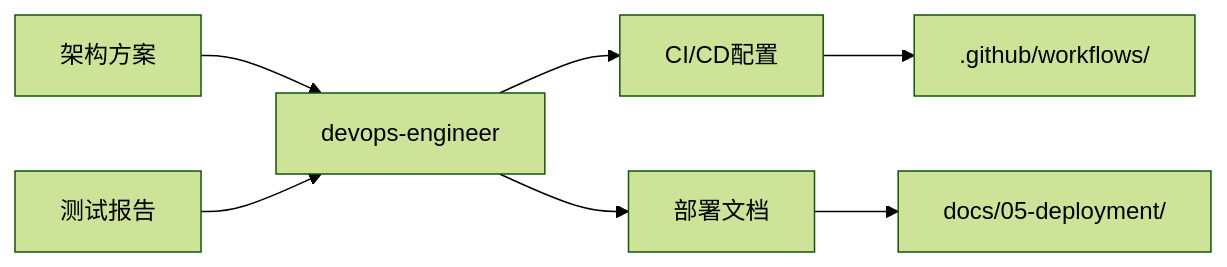
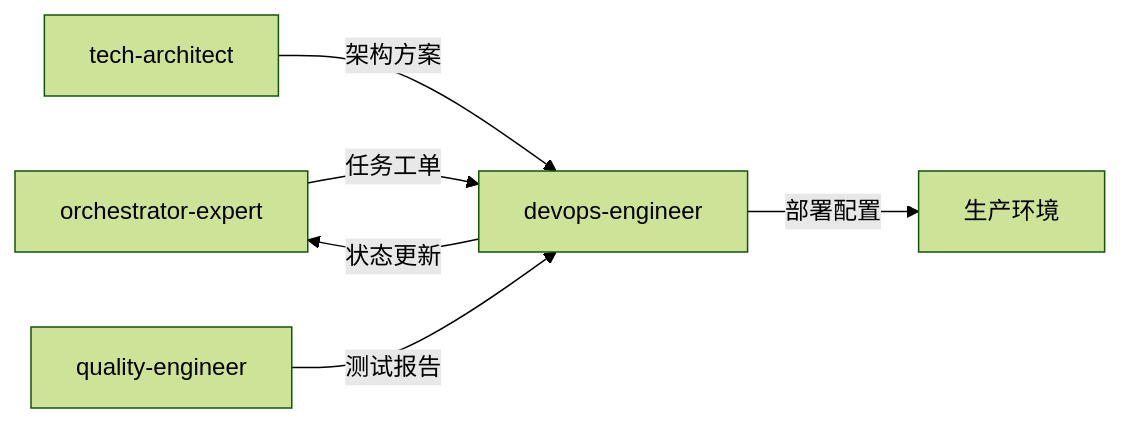
Before and after one commit to Tooooommy/Trae-Workflow: the diagram in skills/devops-engineer/SKILL.md, drawn with Mermaid (forest theme). The commit also changed other lines of this file and 2 other files, not shown here.

First line of the commit message:
refactor: optimize devops-engineer for orchestrator-expert workflow

````diff
--- a/skills/devops-engineer/SKILL.md
+++ b/skills/devops-engineer/SKILL.md
@@ -141,9 +82,8 @@
 ```mermaid
 flowchart LR
-    A[架构方案] --> B[devops-engineer]
-    C[测试报告] --> B
-    B --> D[CI/CD配置]
-    B --> E[部署文档]
-    D --> F[.github/workflows/]
-    E --> G[docs/05-deployment/]
+    A[orchestrator-expert] -->|任务工单| B[devops-engineer]
+    C[tech-architect] -->|架构方案| B
+    D[quality-engineer] -->|测试报告| B
+    B -->|部署配置| E[生产环境]
+    B -->|状态更新| A
 ```
````
